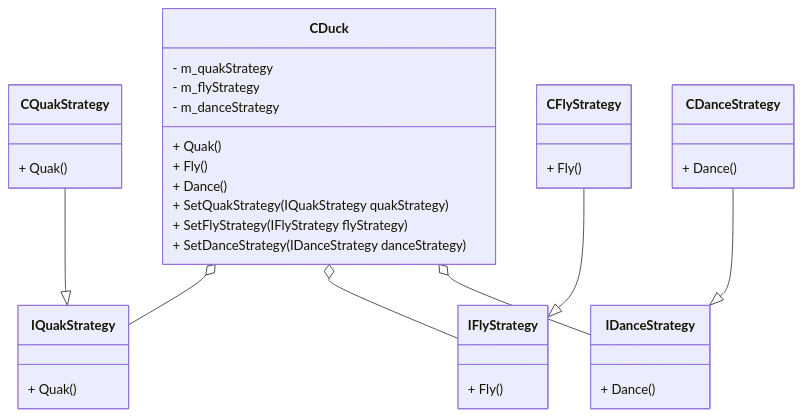
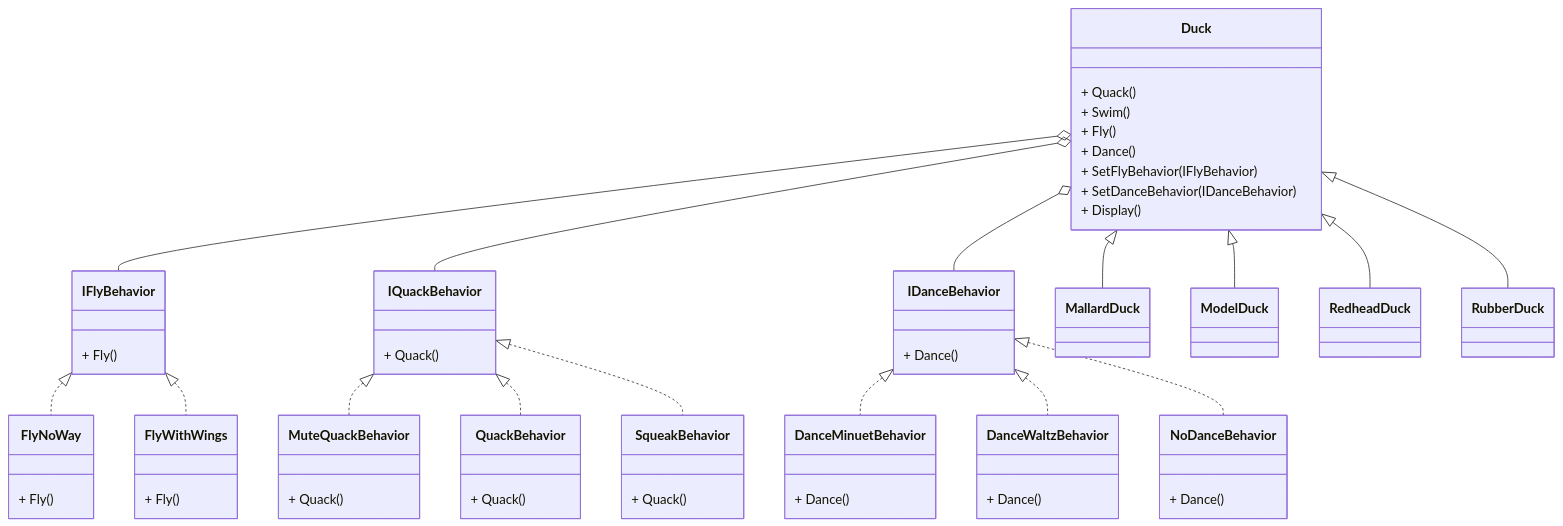
One commit to 555Jeka555/OOD-labs changed the second of 2 diagrams in lab1/1/docs.md. Above: the diagram before and after it, drawn with Mermaid. The commit also changed other lines of this file, not shown here.

Commit message:
Обновил uml схему

````diff
--- a/lab1/1/docs.md
+++ b/lab1/1/docs.md
@@ -1,46 +111,93 @@
 ```mermaid
 classDiagram
-    CDuck o-- IQuakStrategy
-    CDuck o-- IFlyStrategy
-    CDuck o-- IDanceStrategy
+    Duck o-- IFlyBehavior
+    Duck o-- IQuackBehavior
+    Duck o-- IDanceBehavior
 
-    CQuakStrategy --|> IQuakStrategy
-    CFlyStrategy --|> IFlyStrategy
-    CDanceStrategy --|> IDanceStrategy
+    Duck <|-- MallardDuck
+    Duck <|-- ModelDuck
+    Duck <|-- RedheadDuck
+    Duck <|-- RubberDuck
 
-    class CDuck {
-        + Quak()
+    IFlyBehavior <|.. FlyNoWay
+    IFlyBehavior <|.. FlyWithWings
+
+    IQuackBehavior <|.. MuteQuackBehavior
+    IQuackBehavior <|.. QuackBehavior
+    IQuackBehavior <|.. SqueakBehavior
+
+    IDanceBehavior <|.. DanceMinuetBehavior
+    IDanceBehavior <|.. DanceWaltzBehavior
+    IDanceBehavior <|.. NoDanceBehavior
+
+    class Duck {
+        + Quack()
+        + Swim()
         + Fly()
         + Dance()
-        + SetQuakStrategy(IQuakStrategy quakStrategy)
-        + SetFlyStrategy(IFlyStrategy flyStrategy)
-        + SetDanceStrategy(IDanceStrategy danceStrategy)
-        - m_quakStrategy
-        - m_flyStrategy
-        - m_danceStrategy
+        + SetFlyBehavior(IFlyBehavior)
+        + SetDanceBehavior(IDanceBehavior)
+        + Display()
     }
 
-    class IQuakStrategy {
-        + Quak()
+    class MallardDuck {
+
     }
 
-    class CQuakStrategy {
-        + Quak()
+    class ModelDuck {
+
     }
 
-    class IFlyStrategy {
+    class RedheadDuck {
+
+    }
+
+    class RubberDuck {
+
+    }
+
+    class IFlyBehavior {
         + Fly()
     }
 
-    class CFlyStrategy {
+    class IQuackBehavior {
+        + Quack()
+    }
+
+    class IDanceBehavior {
+        + Dance()
+    }
+    
+    class DanceMinuetBehavior {
+        + Dance()
+    }
+
+    class DanceWaltzBehavior {
+        + Dance()
+    }
+
+    class NoDanceBehavior {
+        + Dance()
+    }
+
+    class MuteQuackBehavior {
+        + Quack()
+    }
+
+    class QuackBehavior {
+        + Quack()
+    }
+
+    class SqueakBehavior {
+        + Quack()
+    }
+
+    class FlyNoWay {
         + Fly()
     }
 
-    class IDanceStrategy {
-        + Dance()
+    class FlyWithWings {
+        + Fly()
     }
 
-    class CDanceStrategy {
-        + Dance()
-    }
 ```
````
